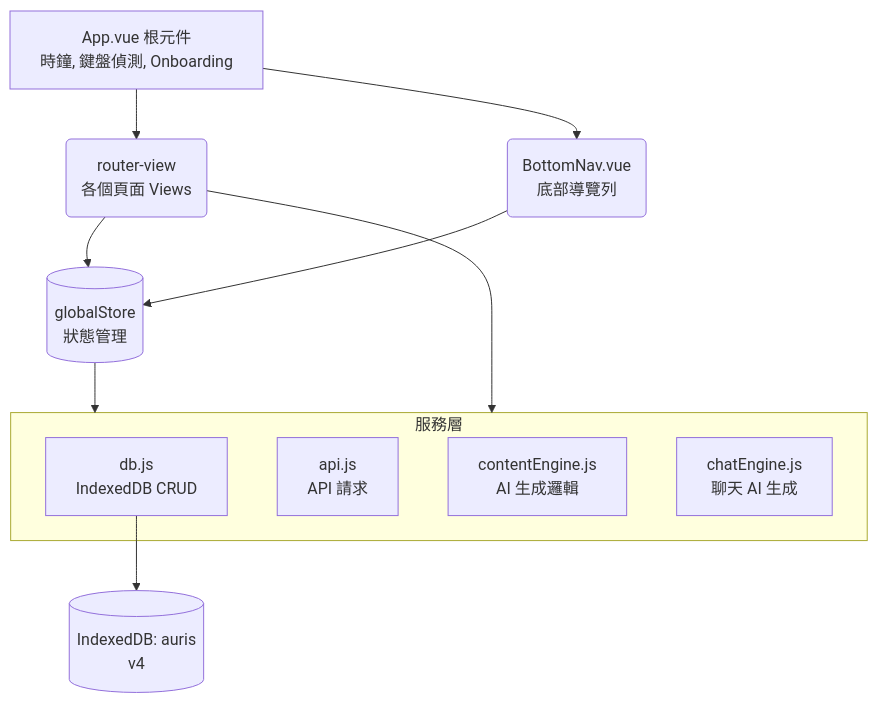
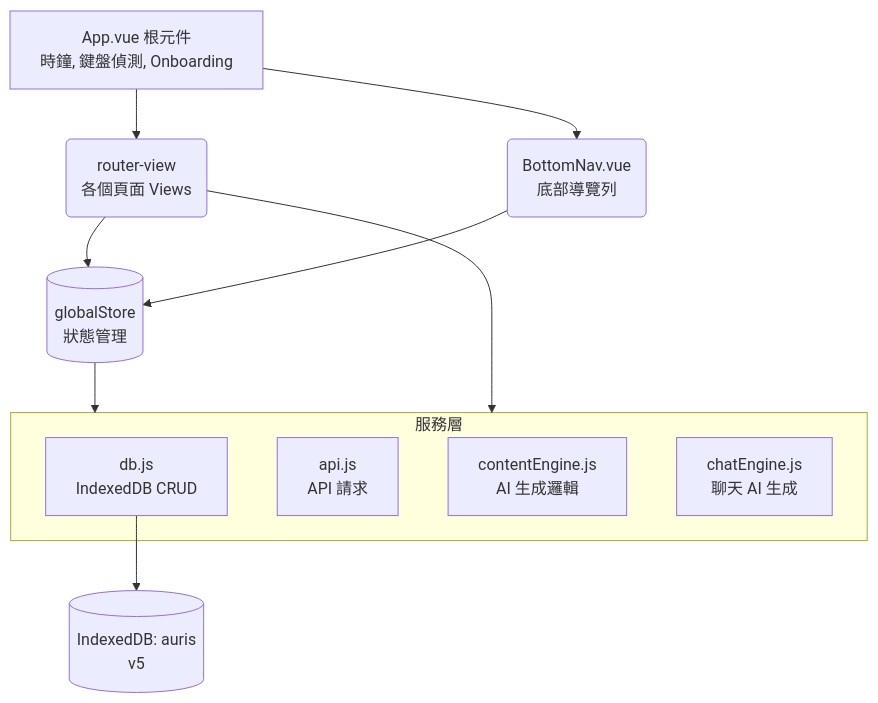
Before and after one commit to Sabine630/auris-app: the diagram in auris-vue/ARCHITECTURE.md, drawn with Mermaid. The commit also changed other lines of this file, not shown here.

Commit message:
docs: 修正 ARCHITECTURE.md 過時資訊（路由表、服務層、toast、維護注意事項）

````diff
--- a/auris-vue/ARCHITECTURE.md
+++ b/auris-vue/ARCHITECTURE.md
@@ -26,18 +26,18 @@
 ```mermaid
 graph TD
     App[App.vue 根元件<br/>時鐘, 鍵盤偵測, Onboarding] --> RouterView(router-view<br/>各個頁面 Views)
     App --> BottomNav(BottomNav.vue<br/>底部導覽列)
     RouterView --> GlobalStore[(globalStore<br/>狀態管理)]
     BottomNav --> GlobalStore
     GlobalStore --> Services[Services 服務層]
     RouterView --> Services
     
     subgraph Services [服務層]
         DB[db.js<br/>IndexedDB CRUD]
         API[api.js<br/>API 請求]
         CE[contentEngine.js<br/>AI 生成邏輯]
         Chat[chatEngine.js<br/>聊天 AI 生成]
     end
     
-    DB --> IndexedDB[(IndexedDB: auris<br/>v4)]
+    DB --> IndexedDB[(IndexedDB: auris<br/>v5)]
 ```
````
